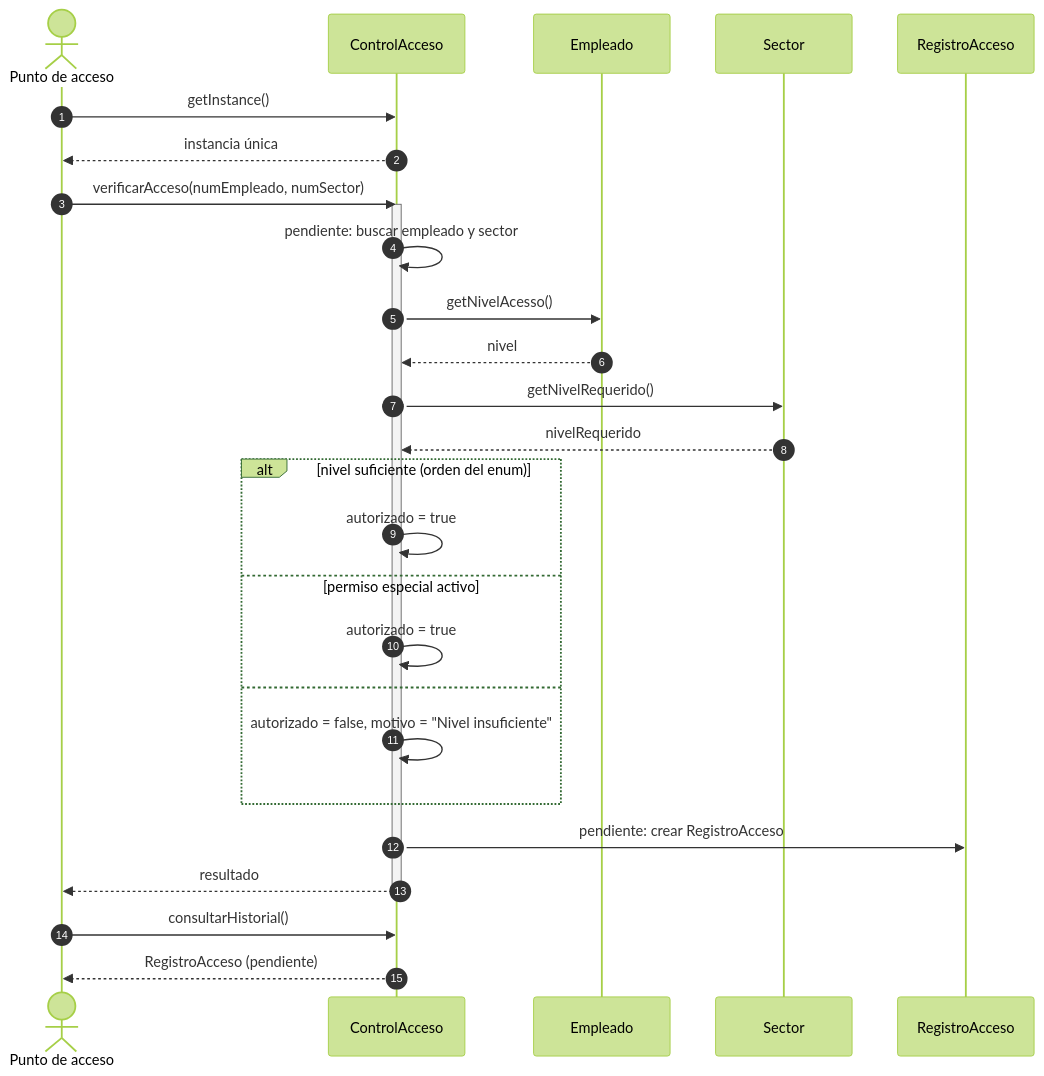
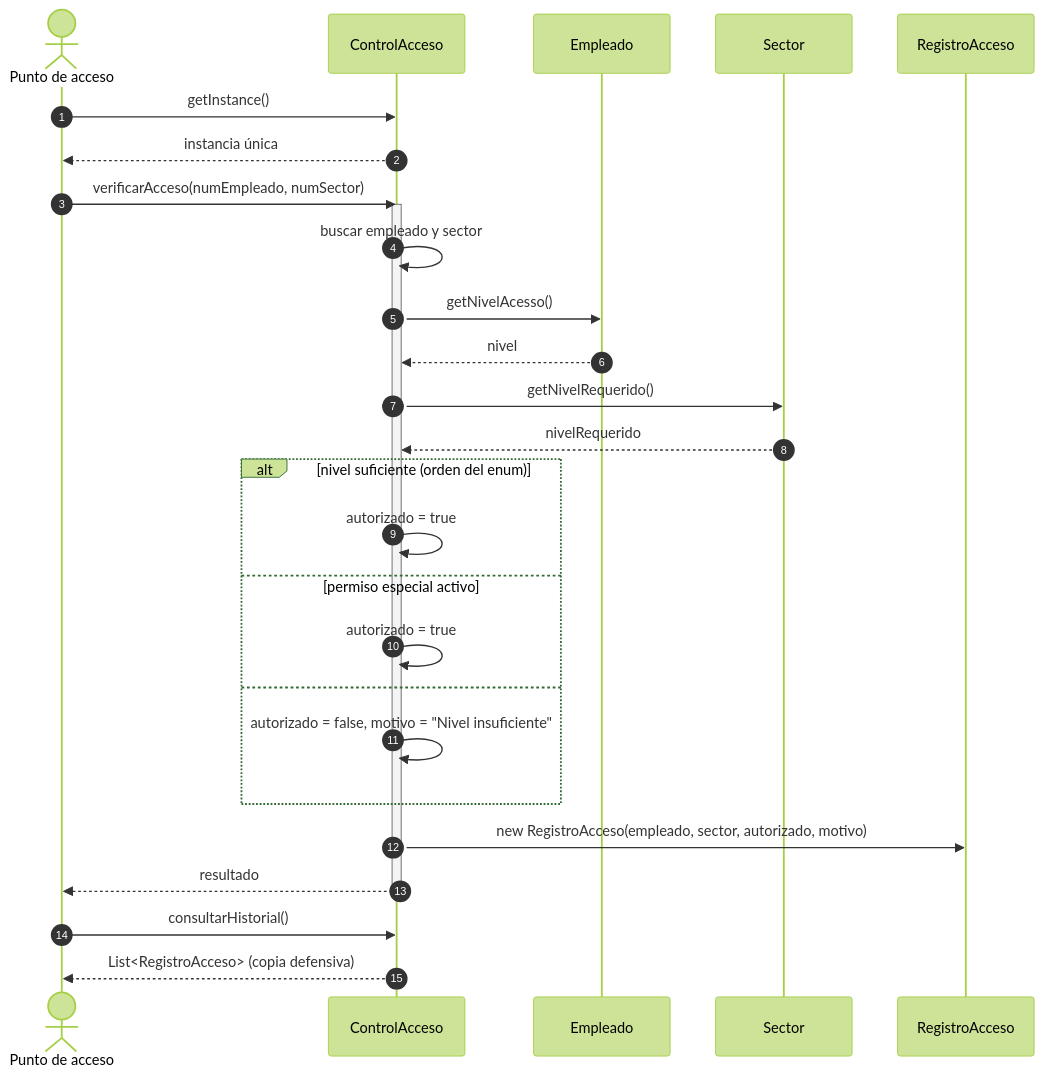
One commit to PatronSingleton-DisenoSoftware/Patron-Singleton-Software-EGI changed the second of 2 diagrams in docs/informe/04-diseno.md. Above: the diagram before and after it, drawn with Mermaid (forest theme). The commit also changed other lines of this file and 11 other files, not shown here.

Commit message:
Implementa consulta de historial con copia defensiva, formateo de registros y actualiza documentacion y diagramas

````diff
--- a/docs/informe/04-diseno.md
+++ b/docs/informe/04-diseno.md
@@ -395,31 +399,31 @@
 ```mermaid
 sequenceDiagram
     autonumber
     actor PA as Punto de acceso
     participant CA as ControlAcceso
     participant EM as Empleado
     participant SE as Sector
     participant RE as RegistroAcceso
 
     PA->>CA: getInstance()
     CA-->>PA: instancia única
     PA->>CA: verificarAcceso(numEmpleado, numSector)
     activate CA
-    CA->>CA: pendiente: buscar empleado y sector
+    CA->>CA: buscar empleado y sector
     CA->>EM: getNivelAcesso()
     EM-->>CA: nivel
     CA->>SE: getNivelRequerido()
     SE-->>CA: nivelRequerido
     alt nivel suficiente (orden del enum)
         CA->>CA: autorizado = true
     else permiso especial activo
         CA->>CA: autorizado = true
     else
         CA->>CA: autorizado = false, motivo = "Nivel insuficiente"
     end
-    CA->>RE: pendiente: crear RegistroAcceso
+    CA->>RE: new RegistroAcceso(empleado, sector, autorizado, motivo)
     CA-->>PA: resultado
     deactivate CA
     PA->>CA: consultarHistorial()
-    CA-->>PA: RegistroAcceso (pendiente)
+    CA-->>PA: List<RegistroAcceso> (copia defensiva)
 ```
````
